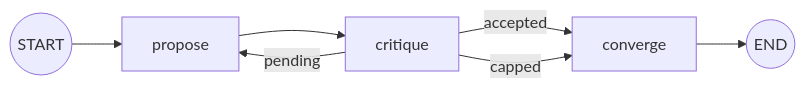
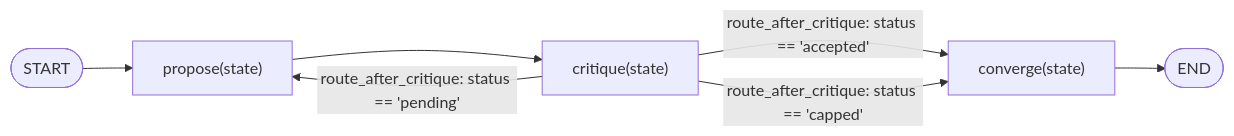
The first of 3 diagrams in src/49_negotiation/README.md (xergioalex/agent-lab), drawn with Mermaid before and after one commit. The commit also changed other lines of this file and 64 other files, not shown here.

First line of the commit message:
docs(docs): premium Mermaid diagram pass on all 64 module READMEs

````diff
--- a/src/49_negotiation/README.md
+++ b/src/49_negotiation/README.md
@@ -50,9 +50,9 @@
 ```mermaid
-graph LR
-    START((START)) --> propose[propose]
-    propose --> critique[critique]
-    critique -->|pending| propose
-    critique -->|accepted| converge[converge]
-    critique -->|capped| converge
-    converge --> END((END))
+flowchart LR
+    START([START]) --> propose["propose(state)"]
+    propose --> critique["critique(state)"]
+    critique -->|"route_after_critique: status == 'pending'"| propose
+    critique -->|"route_after_critique: status == 'accepted'"| converge["converge(state)"]
+    critique -->|"route_after_critique: status == 'capped'"| converge
+    converge --> END([END])
 ```
````
